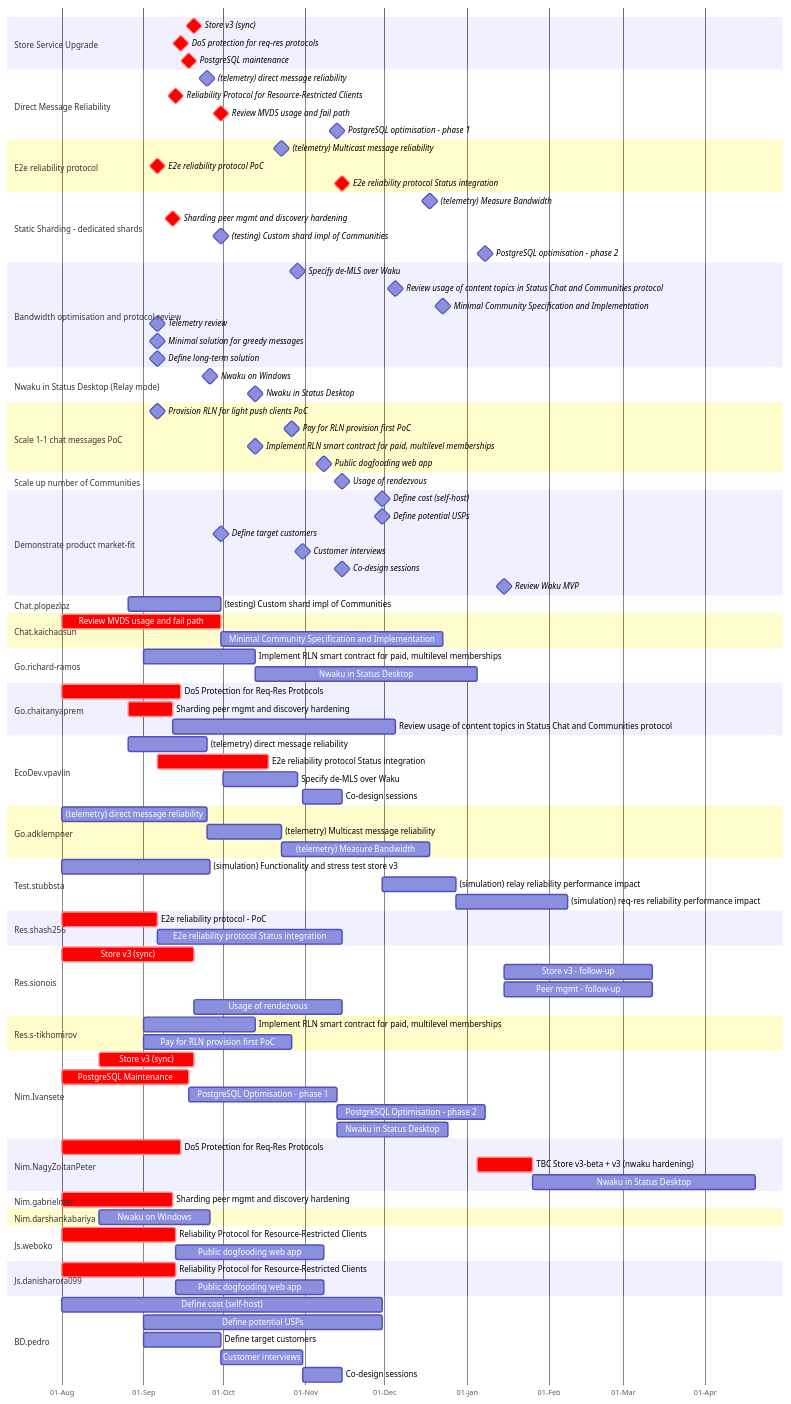
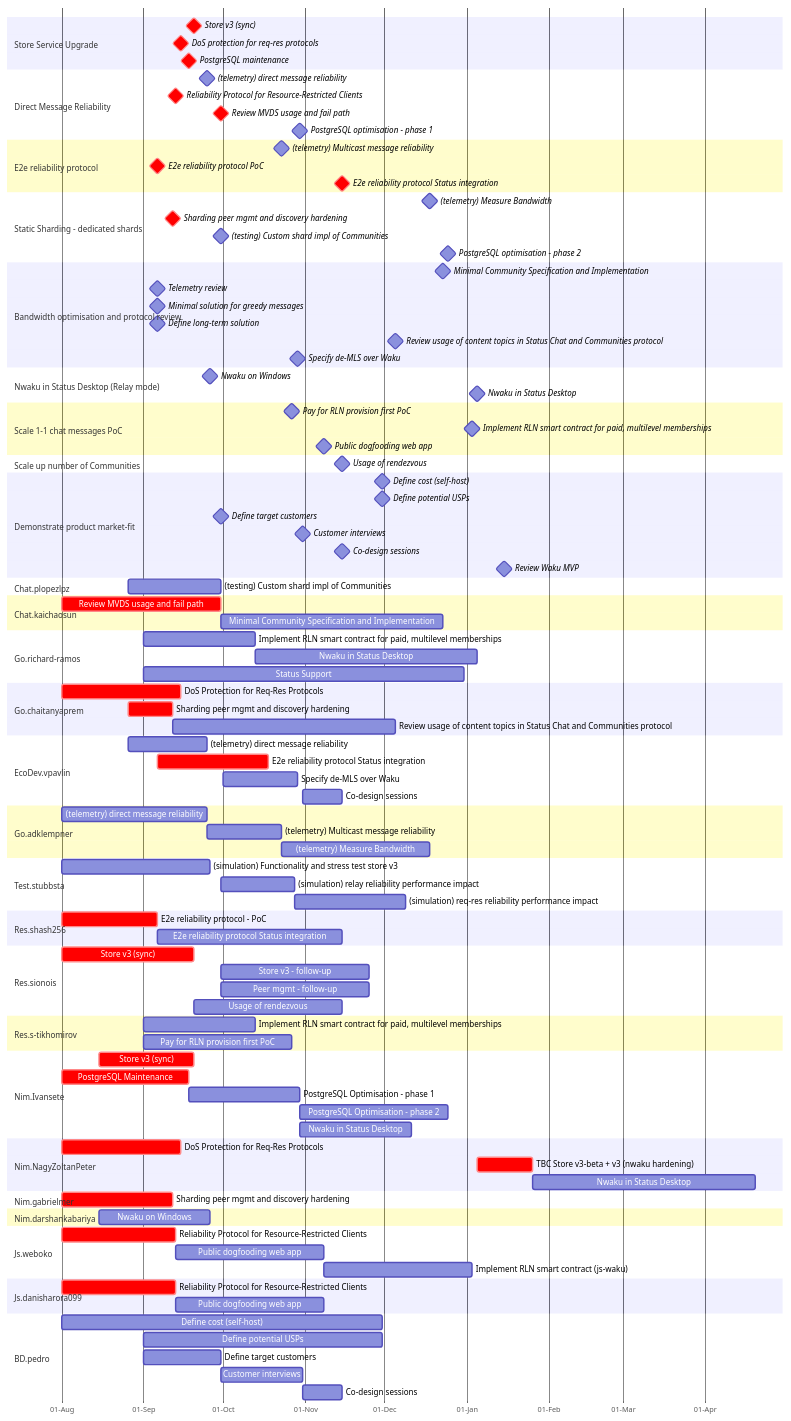
The diagram in content/waku/2024-gantt.md (logos-co/roadmap), drawn with Mermaid before and after one commit.

```diff
--- a/content/waku/2024-gantt.md
+++ b/content/waku/2024-gantt.md
@@ -42,22 +42,19 @@
         (testing) Custom shard impl of Communities: milestone, after test-custom-shard, 0
         PostgreSQL optimisation - phase 2: milestone, after pgsql-opt-2, 0
     section Bandwidth optimisation and protocol review
-        %% TODO: deliverables are being re-worked
-        Specify de-MLS over Waku: milestone, after demls-spec, 0
-        Review usage of content topics in Status Chat and Communities protocol: milestone, after cont-topic-r, 0
         Minimal Community Specification and Implementation: milestone, after min-com-spec, 0
         %% TODO: schedule
         Telemetry review: milestone, after telem-review, 0
         Minimal solution for greedy messages: milestone, after min-sol-com, 0
         Define long-term solution: milestone, after define-com-sol, 0
+        Review usage of content topics in Status Chat and Communities protocol: milestone, after cont-topic-r, 0
+        Specify de-MLS over Waku: milestone, after demls-spec, 0
     section Nwaku in Status Desktop (Relay mode)
         Nwaku on Windows: milestone, after nwaku-windows-n, 0
         Nwaku in Status Desktop: milestone, after nwaku-status-desktop, 0
     section Scale 1-1 chat messages PoC
-        %% Asking for a dashboard
-        Provision RLN for light push clients PoC: milestone, after provision-rln, 0
         Pay for RLN provision first PoC: milestone, after rlnaas-r, 0
-        Implement RLN smart contract for paid, multilevel memberships: milestone, after rln-sc-r rln-sc-d, 0
+        Implement RLN smart contract for paid, multilevel memberships: milestone, after rln-sc-r rln-sc rln-sc-j, 0
         Public dogfooding web app: milestone, after pub-dogfood-web-app-1 pub-dogfood-web-app-2, 0
     section Scale up number of Communities
         Usage of rendezvous: milestone, after rendezvous-r, 0
@@ -74,12 +71,13 @@
         (testing) Custom shard impl of Communities: test-custom-shard, 2024-08-26, 2024-09-30
     section Chat.kaichaosun
         Review MVDS usage and fail path: crit, mvds, 2024-08-01, 2024-09-30
-        %% TODO estimate
         Minimal Community Specification and Implementation: min-com-spec, after mvds, 12w
     section Go.richard-ramos
-        Implement RLN smart contract for paid, multilevel memberships: rln-sc-d, 2024-09-01, 6w
+        Implement RLN smart contract for paid, multilevel memberships: rln-sc, 2024-09-01, 6w
         %% TODO: Estimate
         Nwaku in Status Desktop: nwaku-status-desktop-g, after rln-sc-d, 12w
+        %% TODO
+        Status Support: status-support-rr, 2024-09-01, 2024-12-31
     section Go.chaitanyaprem
         DoS Protection for Req-Res Protocols: crit, dosreqres-g, 2024-08-01, 2024-09-15
         Sharding peer mgmt and discovery hardening: crit, sh-peer-mgmt-g, 2024-08-26, 2024-09-12
@@ -120,7 +118,7 @@
         Store v3 (sync): crit, storev3sync-n, 2024-08-15, 2024-09-20
         PostgreSQL Maintenance: crit, pgsql-m, 2024-08-01, 2024-09-18
         %% TODO review date/estimate
-        PostgreSQL Optimisation - phase 1: pgsql-opt-1, after pgsql-m, 8w
+        PostgreSQL Optimisation - phase 1: pgsql-opt-1, after pgsql-m, 6w
         PostgreSQL Optimisation - phase 2: pgsql-opt-2, after pgsql-opt-1, 8w
         %% TODO: Estimate
         Nwaku in Status Desktop: nwaku-status-desktop-2, after pgsql-opt-1, 6w
@@ -138,6 +136,7 @@
         Reliability Protocol for Resource-Restricted Clients: crit, rel-reqres-j-1, 2024-08-01, 2024-09-13
         %% TODO estimate
         Public dogfooding web app: pub-dogfood-web-app-1, after rel-reqres-j-1, 8w
+        Implement RLN smart contract (js-waku): rln-sc-j, after pub-dogfood-web-app-1, 8w
     section Js.danisharora099
         Reliability Protocol for Resource-Restricted Clients: crit, rel-reqres-j-2, 2024-08-01, 2024-09-13
         %% TODO estimate
```
